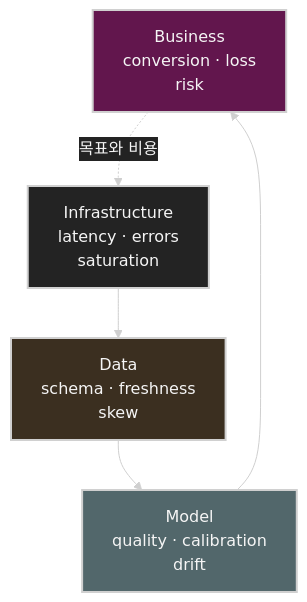
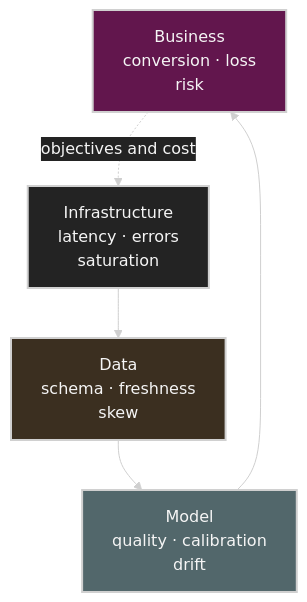
The third of 5 diagrams in mlops/index.md (kuanghl/ai-data-center-systems), drawn with Mermaid before and after one commit. The commit also changed other lines of this file and 48 other files, not shown here.

````diff
--- a/mlops/index.md
+++ b/mlops/index.md
@@ -437,21 +437,21 @@
 ```mermaid
 %%{init: {"theme": "base", "fontFamily": "Inter, Arial, sans-serif", "themeVariables": {"background": "#171717", "primaryColor": "#232323", "primaryTextColor": "#f5f5f5", "primaryBorderColor": "#d0d0d0", "lineColor": "#cfcfcf", "fontFamily": "Inter, Arial, sans-serif"}}}%%
 flowchart TB
     A["Business<br/>conversion · loss<br/>risk"]
     B["Model<br/>quality · calibration<br/>drift"]
     C["Data<br/>schema · freshness<br/>skew"]
     D["Infrastructure<br/>latency · errors<br/>saturation"]
     D --> C
     C --> B
     B --> A
-    A -. "목표와 비용" .-> D
+    A -. "objectives and cost" .-> D
 
     classDef primary fill:#232323,stroke:#d0d0d0,color:#f5f5f5,stroke-width:2px;
     classDef secondary fill:#3b2f20,stroke:#d0d0d0,color:#f5f5f5,stroke-width:2px;
     classDef note fill:#52676b,stroke:#d0d0d0,color:#f5f5f5,stroke-width:2px;
     classDef accent fill:#62164d,stroke:#d0d0d0,color:#f5f5f5,stroke-width:2px;
     class D primary
     class C secondary
     class B note
     class A accent
 ```
````
